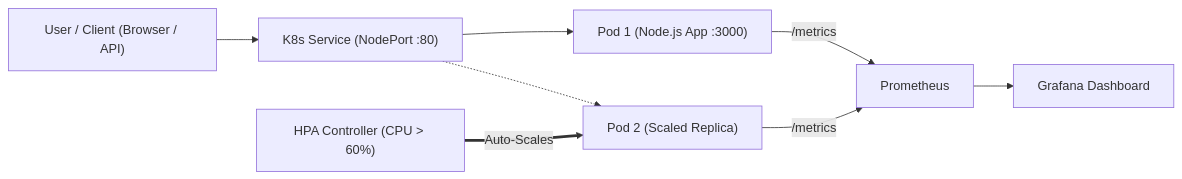
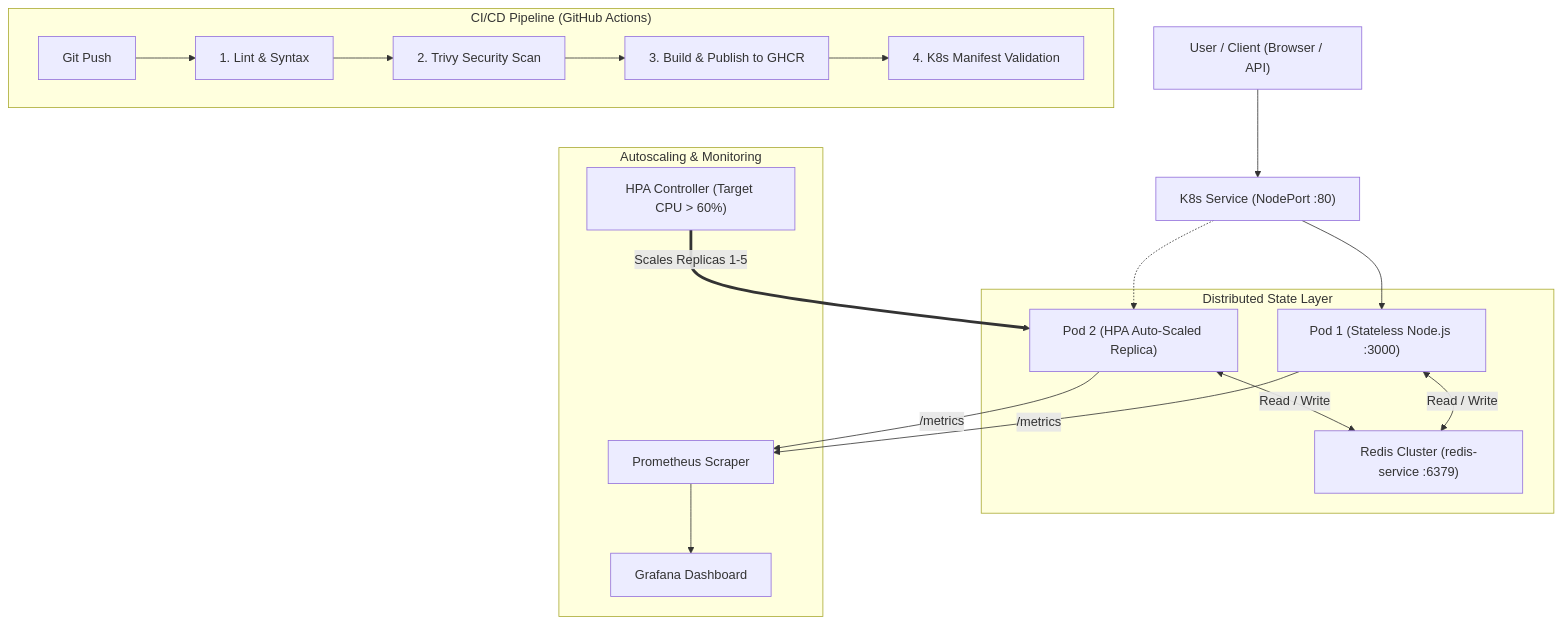
One commit to chlokeshoct2006/cloud-autoscaling-urlshortner-webapp changed the diagram in README.md. Above: the diagram before and after it, drawn with Mermaid. The commit also changed other lines of this file and 2 other files, not shown here.

Commit message:
feat(devsecops): add Trivy container vulnerability scanning, GHCR publishing, and interview guide

````diff
--- a/README.md
+++ b/README.md
@@ -18,10 +18,25 @@
 ```mermaid
-flowchart LR
+flowchart TD
     Client["User / Client (Browser / API)"] --> Service["K8s Service (NodePort :80)"]
-    Service --> Pod1["Pod 1 (Node.js App :3000)"]
-    Service -.-> Pod2["Pod 2 (Scaled Replica)"]
-    HPA["HPA Controller (CPU > 60%)"] ==>|Auto-Scales| Pod2
-    Pod1 -->|/metrics| Prom["Prometheus"]
-    Pod2 -->|/metrics| Prom
-    Prom --> Grafana["Grafana Dashboard"]
+    Service --> Pod1["Pod 1 (Stateless Node.js :3000)"]
+    Service -.-> Pod2["Pod 2 (HPA Auto-Scaled Replica)"]
+    
+    subgraph DataTier["Distributed State Layer"]
+        Pod1 <-->|Read / Write| Redis["Redis Cluster (redis-service :6379)"]
+        Pod2 <-->|Read / Write| Redis
+    end
+
+    subgraph ScalingObservability["Autoscaling & Monitoring"]
+        HPA["HPA Controller (Target CPU > 60%)"] ==>|Scales Replicas 1-5| Pod2
+        Pod1 -->|/metrics| Prom["Prometheus Scraper"]
+        Pod2 -->|/metrics| Prom
+        Prom --> Grafana["Grafana Dashboard"]
+    end
+
+    subgraph DevSecOps["CI/CD Pipeline (GitHub Actions)"]
+        Push[Git Push] --> Lint[1. Lint & Syntax]
+        Lint --> Trivy[2. Trivy Security Scan]
+        Trivy --> GHCR[3. Build & Publish to GHCR]
+        GHCR --> K8sVal[4. K8s Manifest Validation]
+    end
 ```
````
